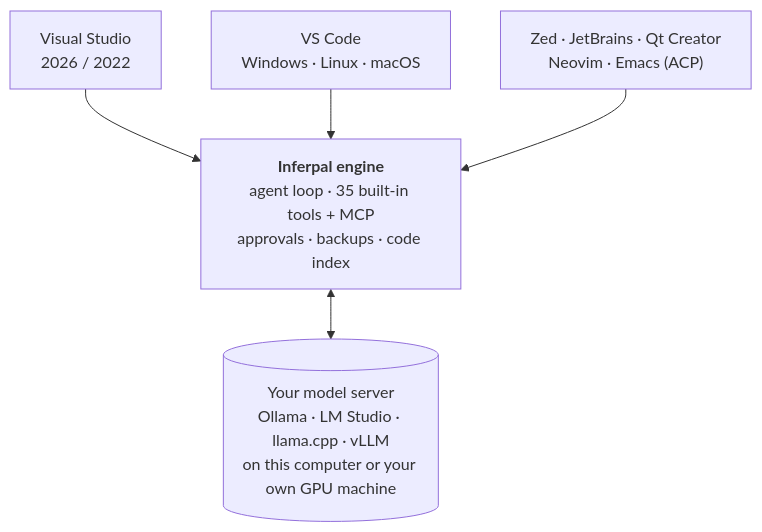
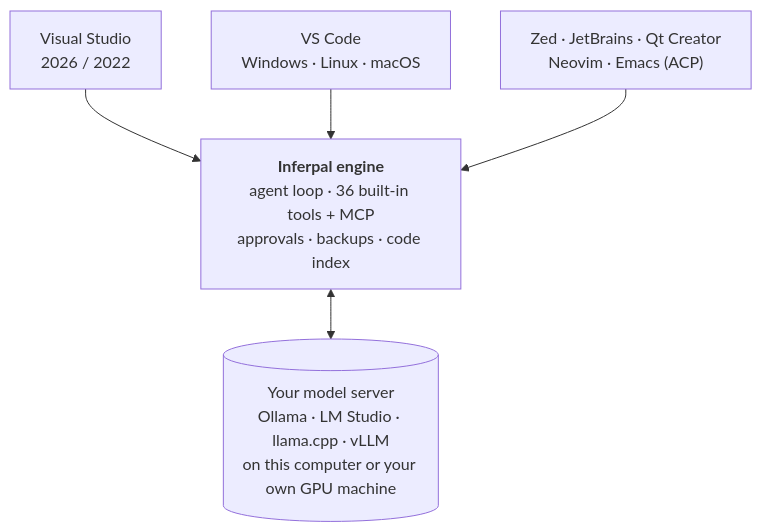
Before and after one commit to EstaxNet/Inferpal: the second of 2 diagrams in README.md, drawn with Mermaid. The commit also changed other lines of this file and 15 other files, not shown here.

````diff
--- a/README.md
+++ b/README.md
@@ -161,10 +161,10 @@
 ```mermaid
 flowchart TB
     VS["Visual Studio<br/>2026 / 2022"]
     VSC["VS Code<br/>Windows · Linux · macOS"]
     ACP["Zed · JetBrains · Qt Creator<br/>Neovim · Emacs (ACP)"]
-    ENGINE["<b>Inferpal engine</b><br/>agent loop · 35 built-in tools + MCP<br/>approvals · backups · code index"]
+    ENGINE["<b>Inferpal engine</b><br/>agent loop · 36 built-in tools + MCP<br/>approvals · backups · code index"]
     MODEL[("Your model server<br/>Ollama · LM Studio · llama.cpp · vLLM<br/>on this computer or your own GPU machine")]
     VS & VSC & ACP --> ENGINE
     ENGINE <--> MODEL
 ```
````
